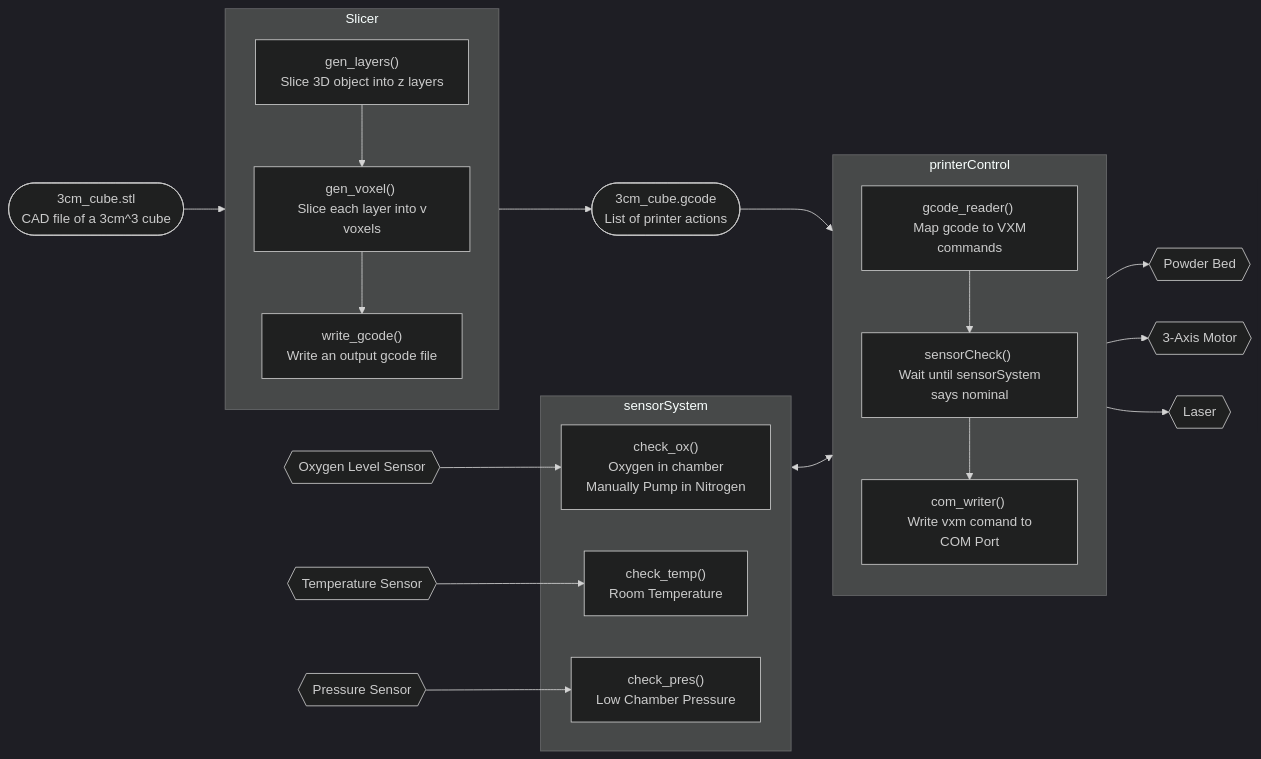
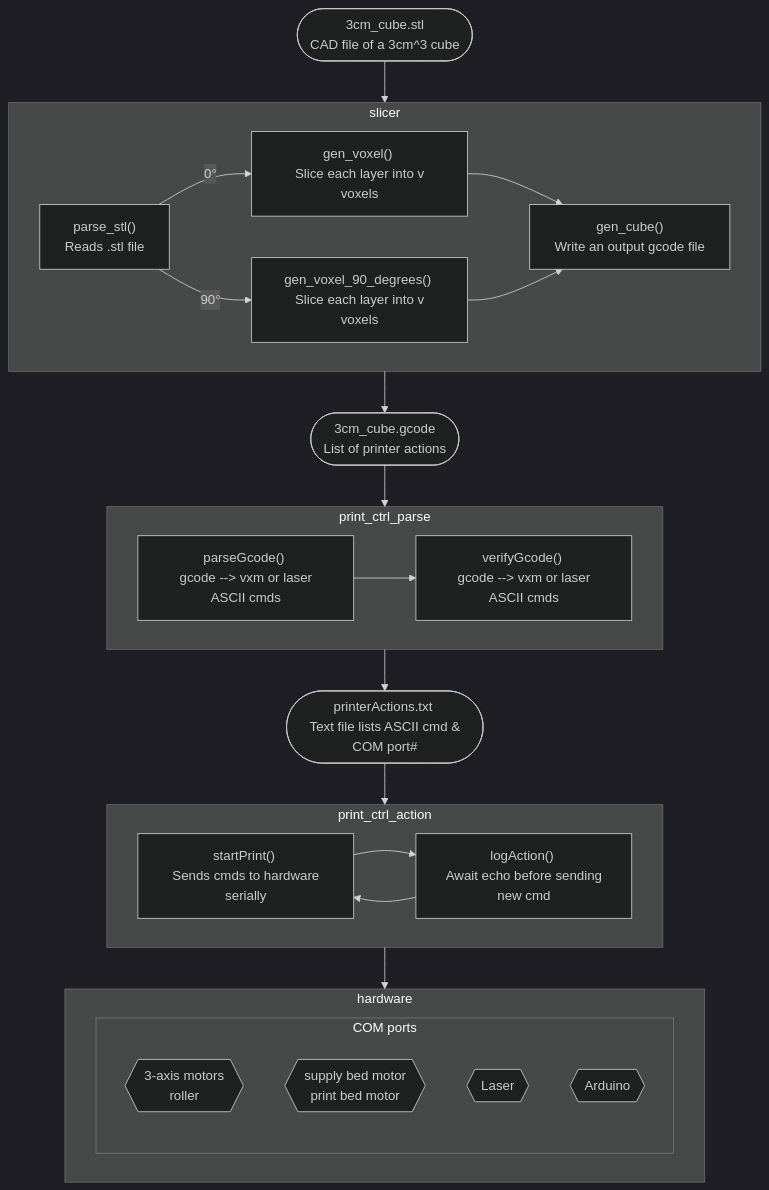
One commit to Aaron638/cpre491-senior-proj changed the first of 4 diagrams in docs/newSoftwareFlow.md. Above: the diagram before and after it, drawn with Mermaid (dark theme). The commit also changed other lines of this file and 4 other files, not shown here.

Commit message:
Upload of diagrams and laser command docs

````diff
--- a/docs/newSoftwareFlow.md
+++ b/docs/newSoftwareFlow.md
@@ -1,47 +3,43 @@
 ```mermaid
-flowchart LR
-    id1([3cm_cube.stl \n CAD file of a 3cm^3 cube]) 
-    --> 
-    Slicer
+flowchart TB
+
+    id1([3cm_cube.stl \n CAD file of a 3cm^3 cube]);
+    id2([3cm_cube.gcode \n List of printer actions]);
+    id3(["printerActions.txt \n Text file lists ASCII cmd & COM port#"]);
     
-    subgraph Slicer
-        sl1["gen_layers() \n Slice 3D object into z layers"] 
-        -->
-        sl2["gen_voxel() \n Slice each layer into v voxels"]
-        -->
-        sl3["write_gcode() \n Write an output gcode file"]
+    subgraph slicer
+
+        sl0["parse_stl() \n Reads .stl file"];
+        sl1["gen_voxel() \n Slice each layer into v voxels"];
+        sl2["gen_voxel_90_degrees() \n Slice each layer into v voxels"];
+        sl3["gen_cube() \n Write an output gcode file"];
+        sl0 -->|"0°"| sl1;
+        sl0 -->|"90°"| sl2;
+        sl1 & sl2 --> sl3;
     end
 
-    Slicer 
-    --> 
-    id2([3cm_cube.gcode \n List of printer actions])
-    --> 
-    printerControl
-
-    subgraph printerControl
-        pc1["gcode_reader() \n Map gcode to VXM commands"]
-        -->
-        pc2["sensorCheck() \n Wait until sensorSystem says nominal"]
-        -->
-        pc3["com_writer() \n Write vxm comand to COM Port"]
+    subgraph print_ctrl_parse
+        pca["parseGcode() \n gcode --> vxm or laser ASCII cmds"];
+        pcb["verifyGcode() \n gcode --> vxm or laser ASCII cmds"];
+        pca --> pcb;
     end
 
-    printerControl-->id3{{Powder Bed}}
-    printerControl-->x{{3-Axis Motor}}
-    printerControl-->y{{Laser}}
-
-    id4{{Oxygen Level Sensor}} --> ss1
-    id5{{Temperature Sensor}} --> ss2
-    id6{{Pressure Sensor}} --> ss3
-
-    subgraph sensorSystem
-        ss1["check_ox() \n Oxygen in chamber \n Manually Pump in Nitrogen"]
-        ss2["check_temp() \n Room Temperature"]
-        ss3["check_pres() \n Low Chamber Pressure"]
+    subgraph print_ctrl_action
+        pc2["startPrint() \n Sends cmds to hardware serially"];
+        pc3["logAction() \n Await echo before sending new cmd"];
+        pc2 --> pc3;
+        pc3 --> pc2;
     end
 
-    sensorSystem
-    <--> 
-    printerControl
+    subgraph hardware
+        subgraph COM ports
+            hw1{{"3-axis motors \n roller"}};
+            hw2{{"supply bed motor \n print bed motor"}};
+            hw3{{"Laser"}};
+            hw4{{"Arduino"}};
+        end
+    end
+
+    id1 --> slicer --> id2 --> print_ctrl_parse --> id3 --> print_ctrl_action --> hardware;
     
 ```
````
